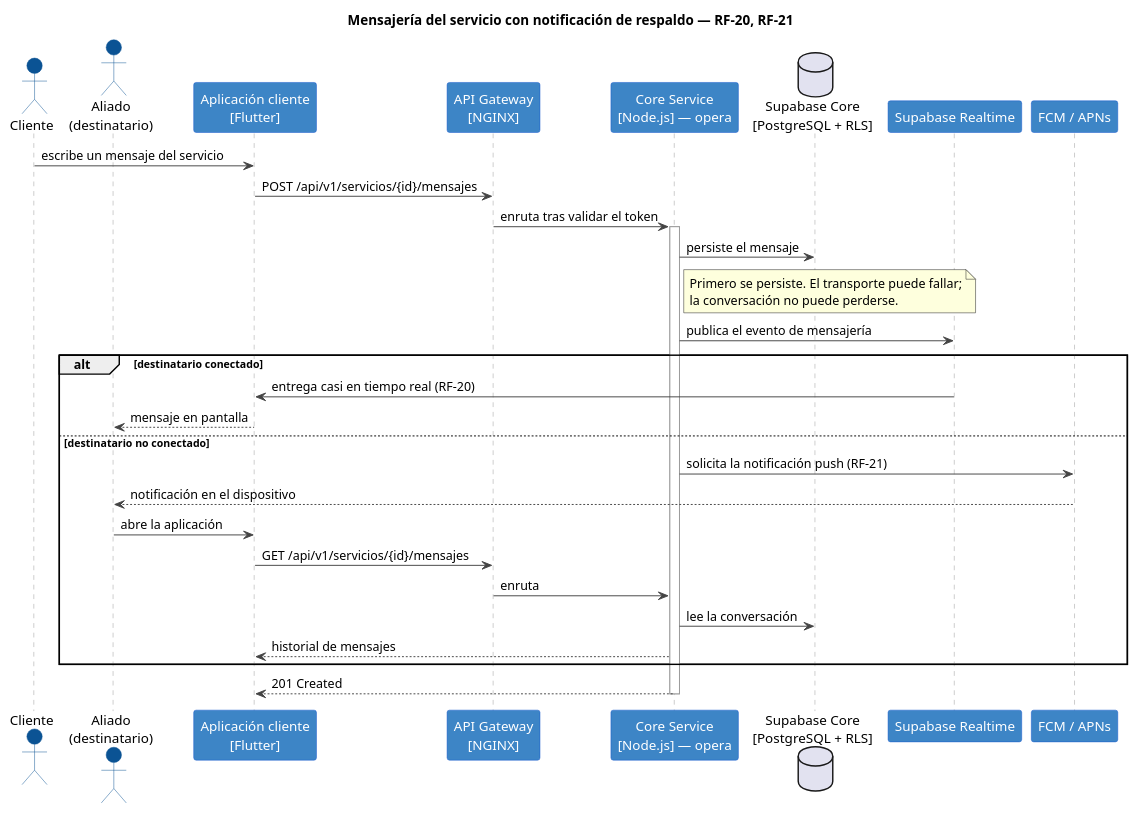
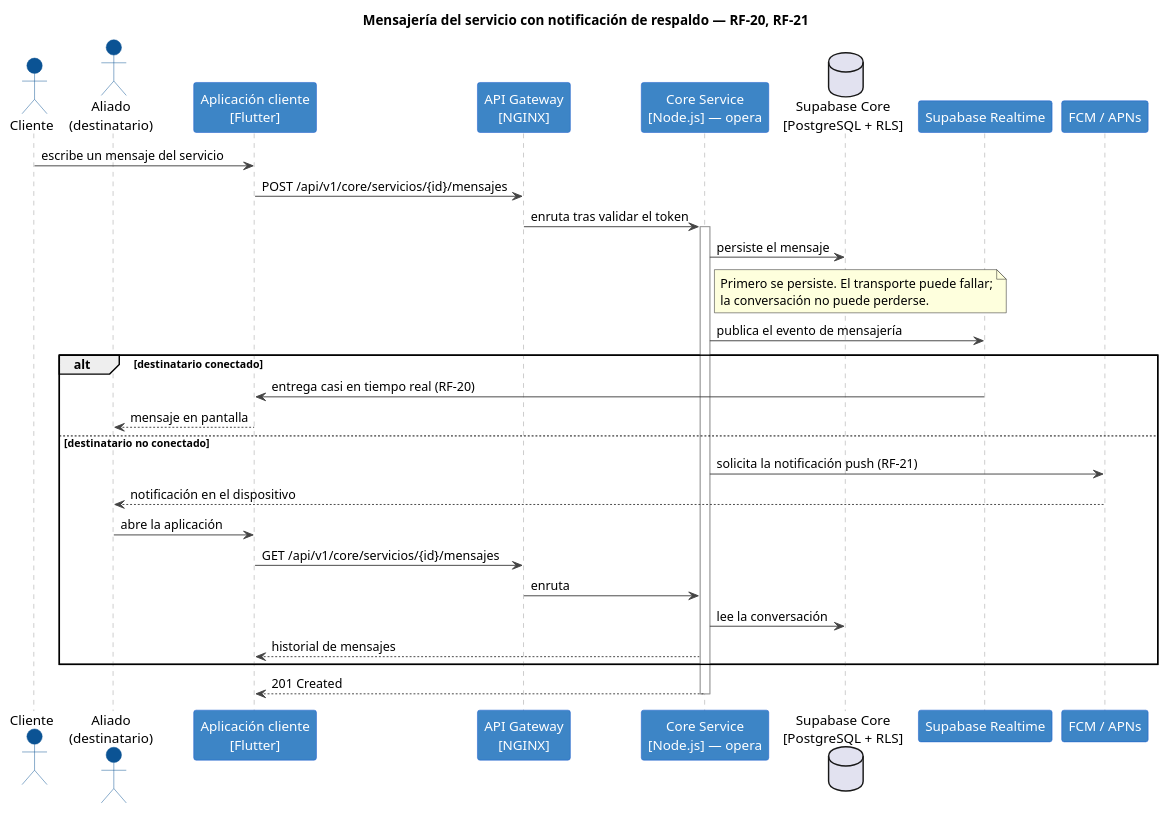
The fifth of 5 diagrams in architecture/SECUENCIAS.md (Trama-AS/MANI-docs), drawn with PlantUML before and after one commit. The commit also changed other lines of this file and 11 other files, not shown here.

````diff
--- a/architecture/SECUENCIAS.md
+++ b/architecture/SECUENCIAS.md
@@ -309,56 +309,56 @@
 ```plantuml
 @startuml seq-mensajeria
 title Mensajería del servicio con notificación de respaldo — RF-20, RF-21
 
 skinparam backgroundColor #ffffff
 skinparam shadowing false
 skinparam sequence {
   ArrowColor #444444
   LifeLineBorderColor #999999
   ParticipantBorderColor #1155cc
   ParticipantBackgroundColor #3d85c6
   ParticipantFontColor #ffffff
   ActorBorderColor #0b5394
   ActorBackgroundColor #0b5394
 }
 
 actor "Cliente" as Cliente
 actor "Aliado\n(destinatario)" as Aliado
 participant "Aplicación cliente\n[Flutter]" as App
 participant "API Gateway\n[NGINX]" as GW
 participant "Core Service\n[Node.js] — opera" as Core
 database "Supabase Core\n[PostgreSQL + RLS]" as DbCore
 participant "Supabase Realtime" as RT
 participant "FCM / APNs" as Push
 
 Cliente -> App: escribe un mensaje del servicio
-App -> GW: POST /api/v1/servicios/{id}/mensajes
+App -> GW: POST /api/v1/core/servicios/{id}/mensajes
 GW -> Core: enruta tras validar el token
 activate Core
 
 Core -> DbCore: persiste el mensaje
 note right of Core
   Primero se persiste. El transporte puede fallar;
   la conversación no puede perderse.
 end note
 
 Core -> RT: publica el evento de mensajería
 
 alt destinatario conectado
     RT -> App: entrega casi en tiempo real (RF-20)
     App --> Aliado: mensaje en pantalla
 else destinatario no conectado
     Core -> Push: solicita la notificación push (RF-21)
     Push --> Aliado: notificación en el dispositivo
     Aliado -> App: abre la aplicación
-    App -> GW: GET /api/v1/servicios/{id}/mensajes
+    App -> GW: GET /api/v1/core/servicios/{id}/mensajes
     GW -> Core: enruta
     Core -> DbCore: lee la conversación
     Core --> App: historial de mensajes
 end
 
 Core --> App: 201 Created
 deactivate Core
 
 @enduml
 ```
````
